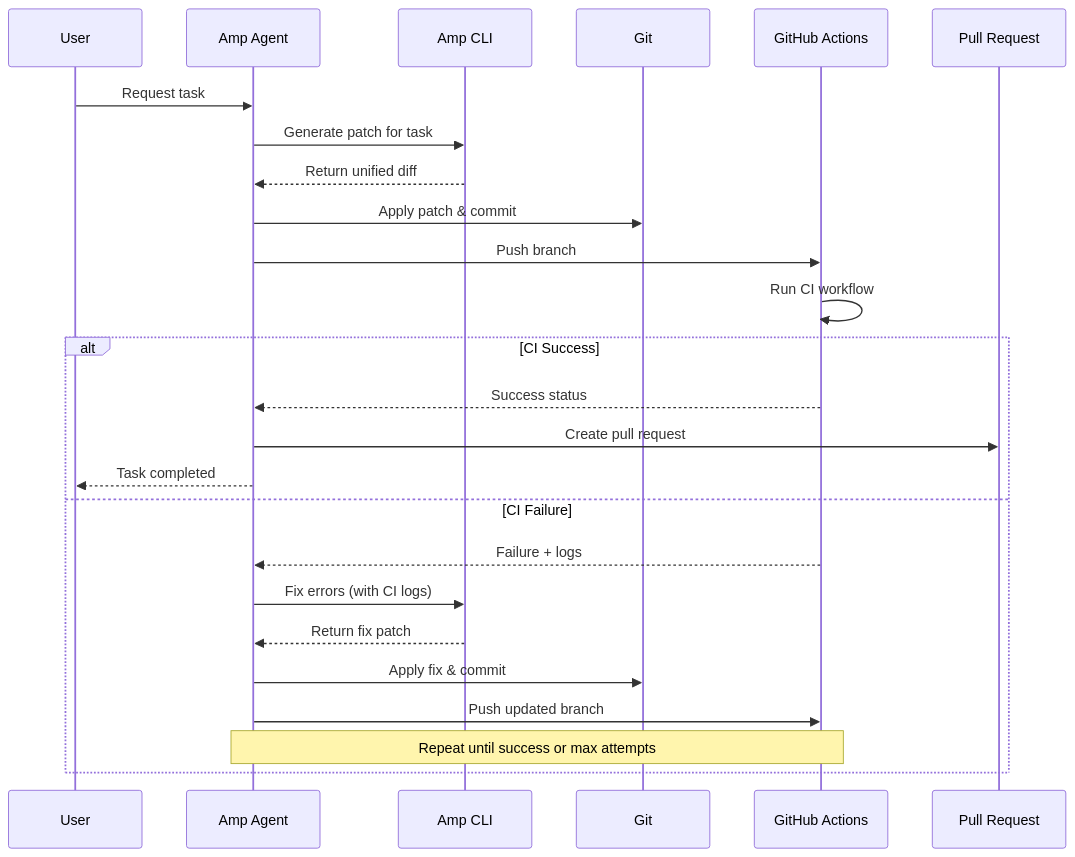
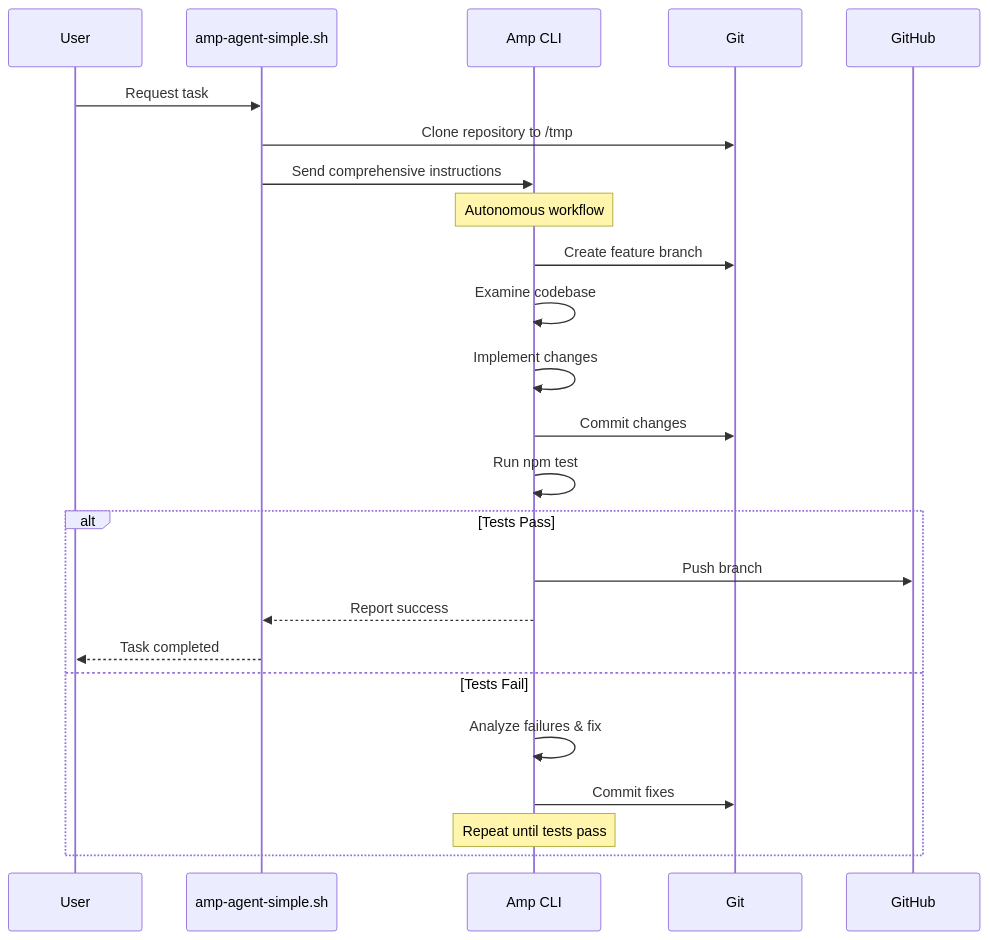
One commit to brettsmith212/ci-test changed the diagram in README.md. Above: the diagram before and after it, drawn with Mermaid. The commit also changed other lines of this file and 1 other file, not shown here.

````diff
--- a/README.md
+++ b/README.md
@@ -17,29 +19,29 @@
 ```mermaid
 sequenceDiagram
     participant User
-    participant Agent as Amp Agent
+    participant Script as amp-agent-simple.sh
     participant Amp as Amp CLI
     participant Git
-    participant GitHub as GitHub Actions
-    participant PR as Pull Request
+    participant GitHub
 
-    User->>Agent: Request task
-    Agent->>Amp: Generate patch for task
-    Amp-->>Agent: Return unified diff
-    Agent->>Git: Apply patch & commit
-    Agent->>GitHub: Push branch
-    GitHub->>GitHub: Run CI workflow
-    
-    alt CI Success
-        GitHub-->>Agent: Success status
-        Agent->>PR: Create pull request
-        Agent-->>User: Task completed
-    else CI Failure
-        GitHub-->>Agent: Failure + logs
-        Agent->>Amp: Fix errors (with CI logs)
-        Amp-->>Agent: Return fix patch
-        Agent->>Git: Apply fix & commit
-        Agent->>GitHub: Push updated branch
-        Note over Agent,GitHub: Repeat until success or max attempts
+    User->>Script: Request task
+    Script->>Git: Clone repository to /tmp
+    Script->>Amp: Send comprehensive instructions
+
+    Note over Amp: Autonomous workflow
+    Amp->>Git: Create feature branch
+    Amp->>Amp: Examine codebase
+    Amp->>Amp: Implement changes
+    Amp->>Git: Commit changes
+    Amp->>Amp: Run npm test
+
+    alt Tests Pass
+        Amp->>GitHub: Push branch
+        Amp-->>Script: Report success
+        Script-->>User: Task completed
+    else Tests Fail
+        Amp->>Amp: Analyze failures & fix
+        Amp->>Git: Commit fixes
+        Note over Amp: Repeat until tests pass
     end
 ```
````
